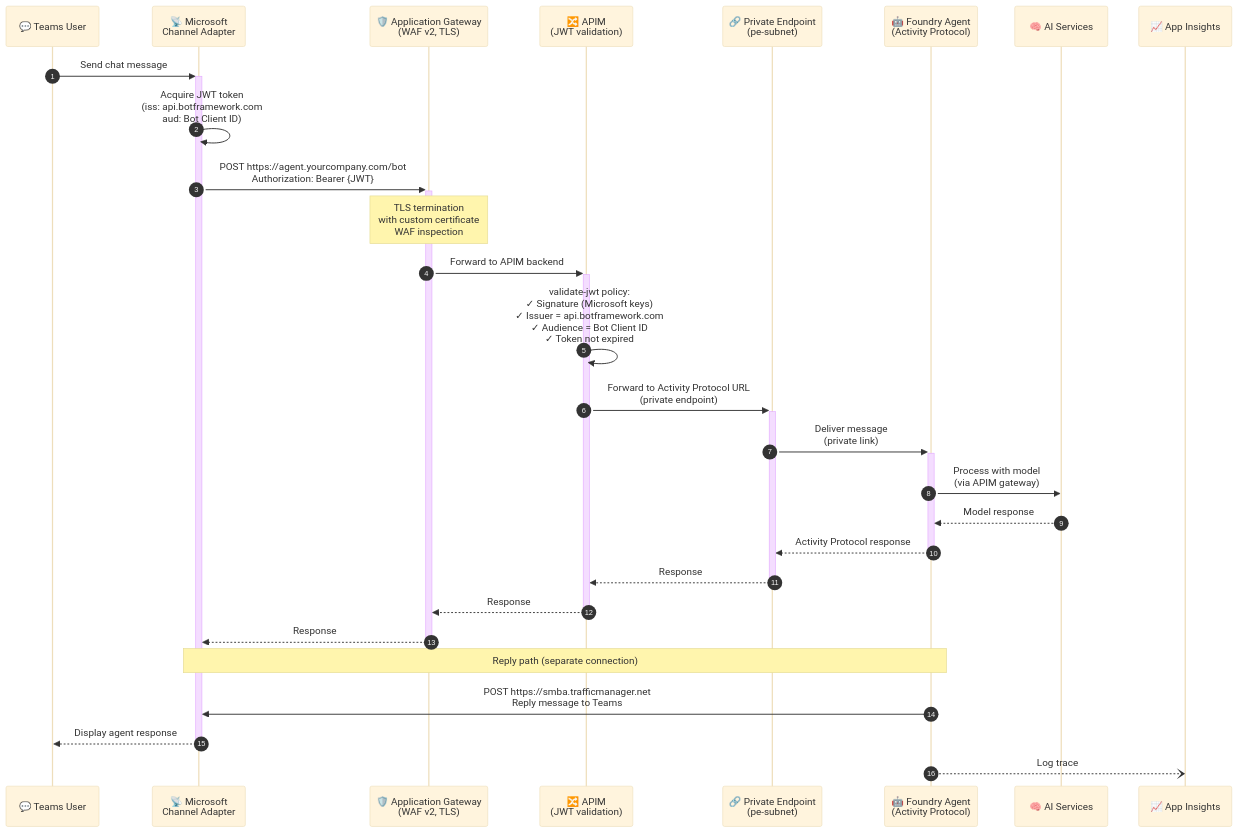
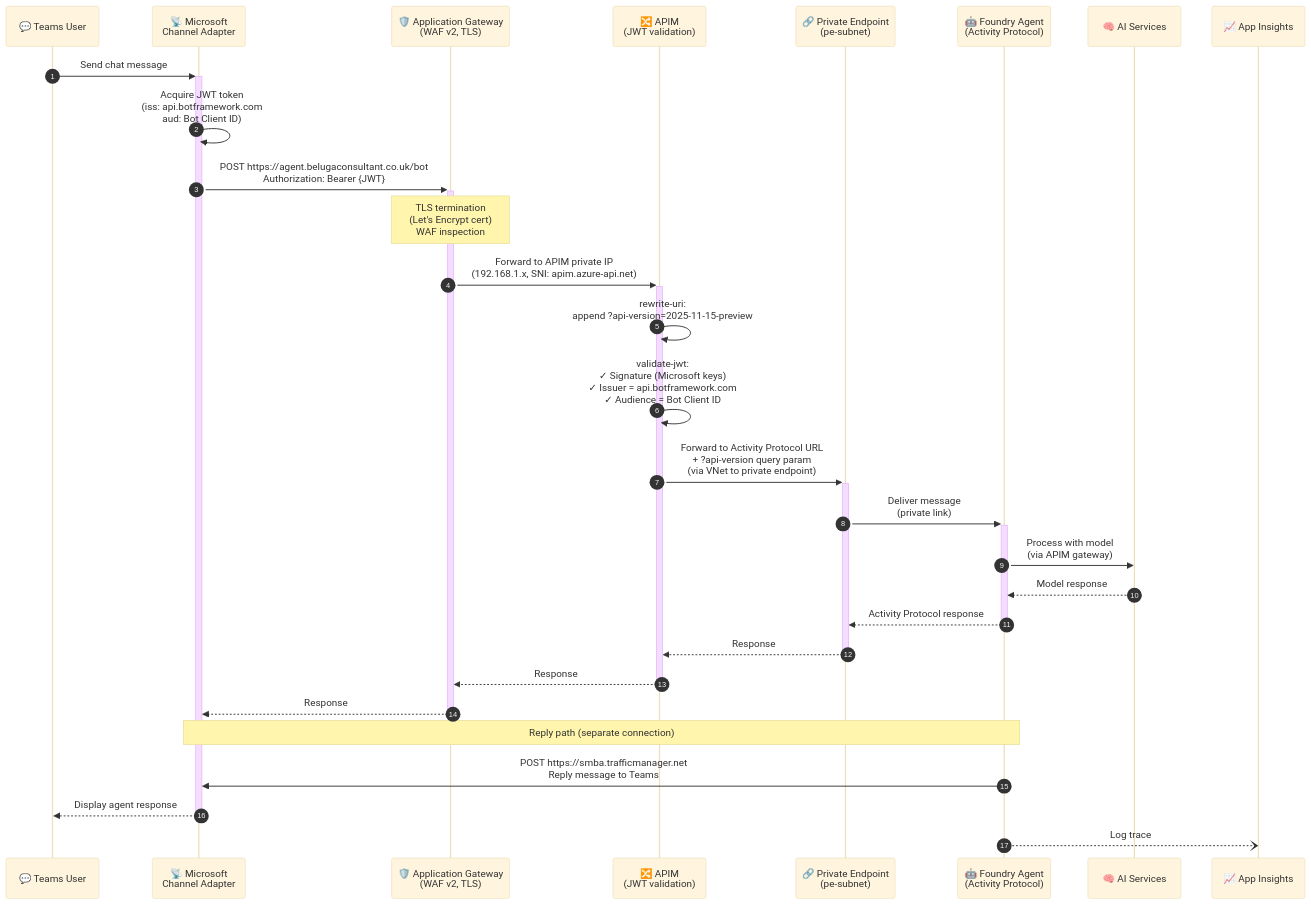
The fourth of 4 diagrams in infrastructure/infrastructure-setup-bicep/19-hybrid-private-resources-agent-setup/diagrams/sequence-diagram.md (duongthaiha/foundry-samples), drawn with Mermaid (base theme) before and after one commit. The commit also changed 5 other files, not shown here.

````diff
--- a/infrastructure/infrastructure-setup-bicep/19-hybrid-private-resources-agent-setup/diagrams/sequence-diagram.md
+++ b/infrastructure/infrastructure-setup-bicep/19-hybrid-private-resources-agent-setup/diagrams/sequence-diagram.md
@@ -151,38 +151,39 @@
 ```mermaid
 sequenceDiagram
     autonumber
     participant Teams as 💬 Teams User
     participant Channel as 📡 Microsoft<br/>Channel Adapter
     participant AppGW as 🛡️ Application Gateway<br/>(WAF v2, TLS)
     participant APIM as 🔀 APIM<br/>(JWT validation)
     participant PE as 🔗 Private Endpoint<br/>(pe-subnet)
     participant Agent as 🤖 Foundry Agent<br/>(Activity Protocol)
     participant LLM as 🧠 AI Services
     participant AppIns as 📈 App Insights
 
     Teams->>+Channel: Send chat message
     Channel->>Channel: Acquire JWT token<br/>(iss: api.botframework.com<br/>aud: Bot Client ID)
 
-    Channel->>+AppGW: POST https://agent.yourcompany.com/bot<br/>Authorization: Bearer {JWT}
-    Note over AppGW: TLS termination<br/>with custom certificate<br/>WAF inspection
+    Channel->>+AppGW: POST https://agent.belugaconsultant.co.uk/bot<br/>Authorization: Bearer {JWT}
+    Note over AppGW: TLS termination<br/>(Let's Encrypt cert)<br/>WAF inspection
 
-    AppGW->>+APIM: Forward to APIM backend
-    APIM->>APIM: validate-jwt policy:<br/>✓ Signature (Microsoft keys)<br/>✓ Issuer = api.botframework.com<br/>✓ Audience = Bot Client ID<br/>✓ Token not expired
+    AppGW->>+APIM: Forward to APIM private IP<br/>(192.168.1.x, SNI: apim.azure-api.net)
+    APIM->>APIM: rewrite-uri:<br/>append ?api-version=2025-11-15-preview
+    APIM->>APIM: validate-jwt:<br/>✓ Signature (Microsoft keys)<br/>✓ Issuer = api.botframework.com<br/>✓ Audience = Bot Client ID
 
-    APIM->>+PE: Forward to Activity Protocol URL<br/>(private endpoint)
+    APIM->>+PE: Forward to Activity Protocol URL<br/>+ ?api-version query param<br/>(via VNet to private endpoint)
     PE->>+Agent: Deliver message<br/>(private link)
 
     Agent->>LLM: Process with model<br/>(via APIM gateway)
     LLM-->>Agent: Model response
 
     Agent-->>-PE: Activity Protocol response
     PE-->>-APIM: Response
     APIM-->>-AppGW: Response
     AppGW-->>-Channel: Response
 
     Note over Agent,Channel: Reply path (separate connection)
     Agent->>Channel: POST https://smba.trafficmanager.net<br/>Reply message to Teams
     Channel-->>-Teams: Display agent response
 
     Agent--)AppIns: Log trace
 ```
````
